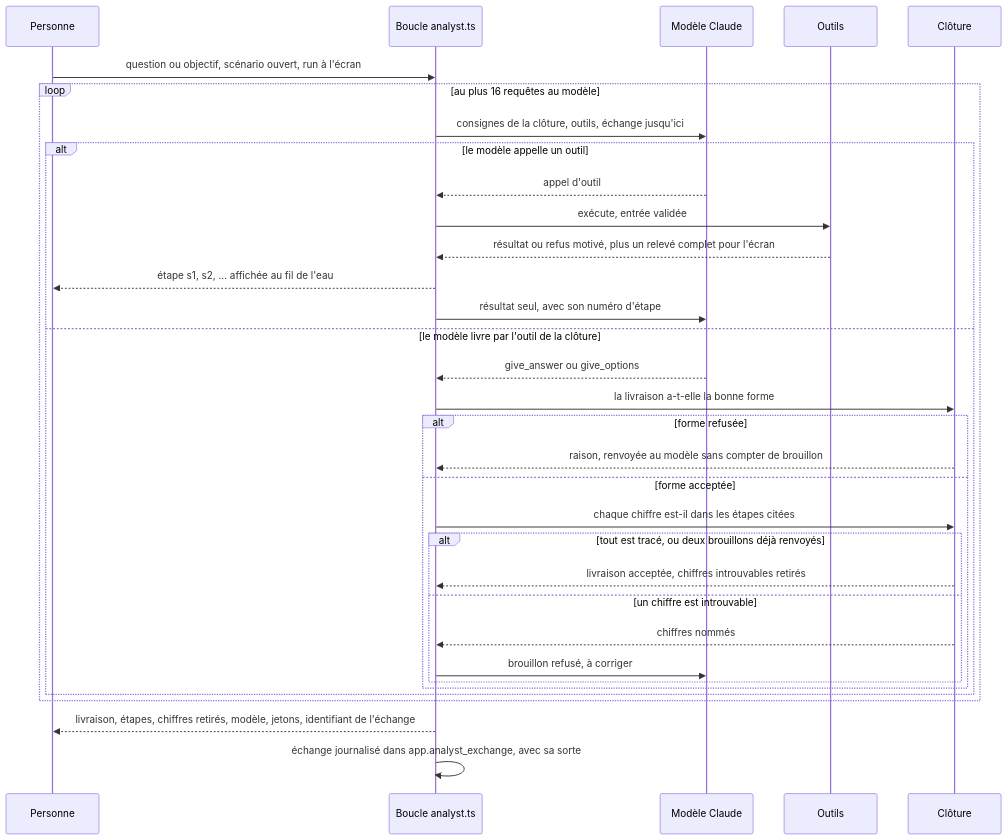
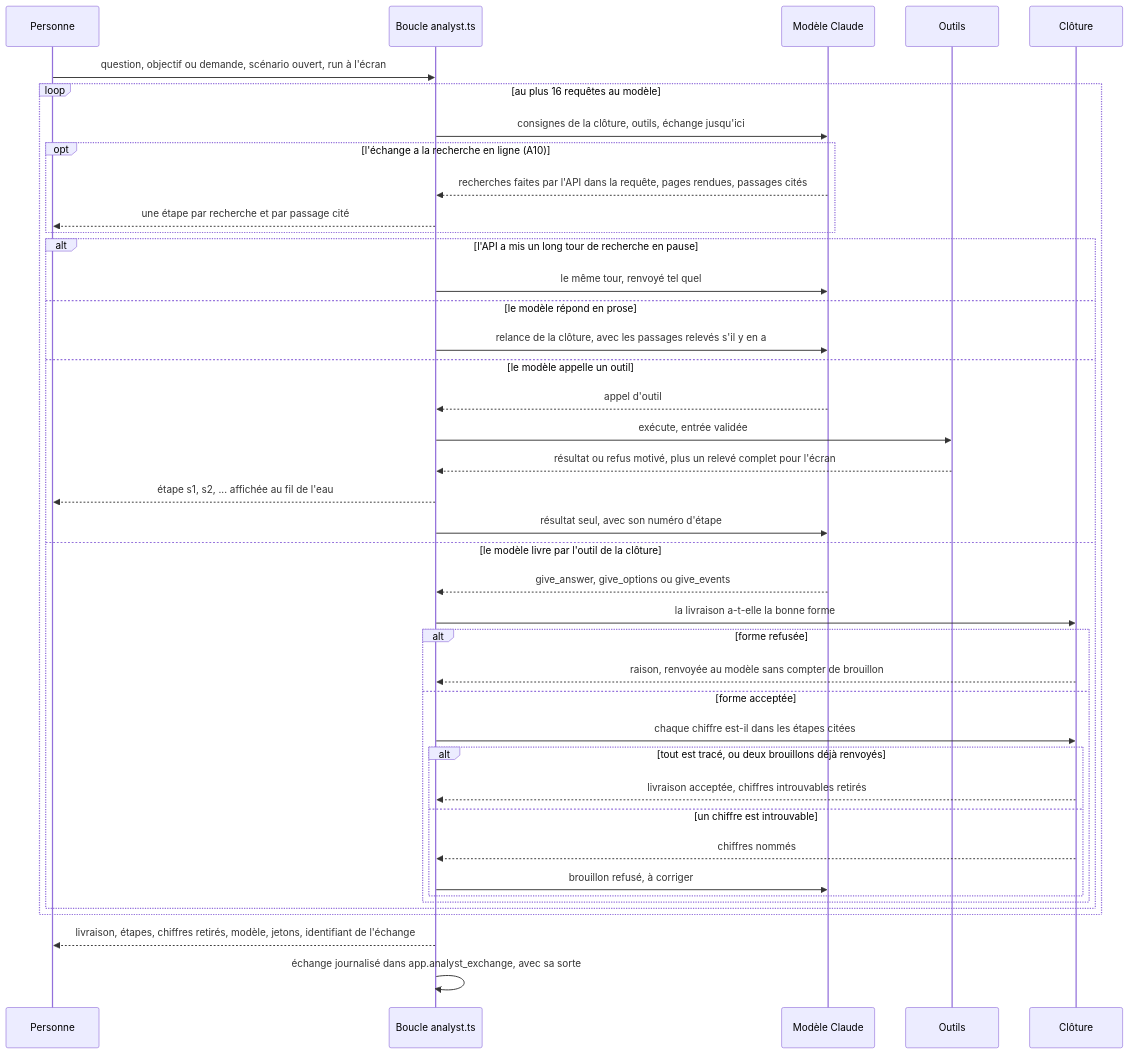
Before and after one commit to V1ktor7/obscyro: the first of 30 diagrams in docs/algorithms.md, drawn with Mermaid. The commit also changed other lines of this file and 37 other files, not shown here.

First line of the commit message:
feat(analyste): la recherche en ligne propose des événements, et une personne les valide

````diff
--- a/docs/algorithms.md
+++ b/docs/algorithms.md
@@ -54,35 +55,43 @@
 ```mermaid
 sequenceDiagram
     participant P as Personne
     participant B as Boucle analyst.ts
     participant M as Modèle Claude
     participant O as Outils
     participant C as Clôture
-    P->>B: question ou objectif, scénario ouvert, run à l'écran
+    P->>B: question, objectif ou demande, scénario ouvert, run à l'écran
     loop au plus 16 requêtes au modèle
         B->>M: consignes de la clôture, outils, échange jusqu'ici
-        alt le modèle appelle un outil
+        opt l'échange a la recherche en ligne (A10)
+            M-->>B: recherches faites par l'API dans la requête, pages rendues, passages cités
+            B-->>P: une étape par recherche et par passage cité
+        end
+        alt l'API a mis un long tour de recherche en pause
+            B->>M: le même tour, renvoyé tel quel
+        else le modèle répond en prose
+            B->>M: relance de la clôture, avec les passages relevés s'il y en a
+        else le modèle appelle un outil
             M-->>B: appel d'outil
             B->>O: exécute, entrée validée
             O-->>B: résultat ou refus motivé, plus un relevé complet pour l'écran
             B-->>P: étape s1, s2, ... affichée au fil de l'eau
             B->>M: résultat seul, avec son numéro d'étape
         else le modèle livre par l'outil de la clôture
-            M-->>B: give_answer ou give_options
+            M-->>B: give_answer, give_options ou give_events
             B->>C: la livraison a-t-elle la bonne forme
             alt forme refusée
                 C-->>B: raison, renvoyée au modèle sans compter de brouillon
             else forme acceptée
                 B->>C: chaque chiffre est-il dans les étapes citées
                 alt tout est tracé, ou deux brouillons déjà renvoyés
                     C-->>B: livraison acceptée, chiffres introuvables retirés
                 else un chiffre est introuvable
                     C-->>B: chiffres nommés
                     B->>M: brouillon refusé, à corriger
                 end
             end
         end
     end
     B-->>P: livraison, étapes, chiffres retirés, modèle, jetons, identifiant de l'échange
     B->>B: échange journalisé dans app.analyst_exchange, avec sa sorte
 ```
````
